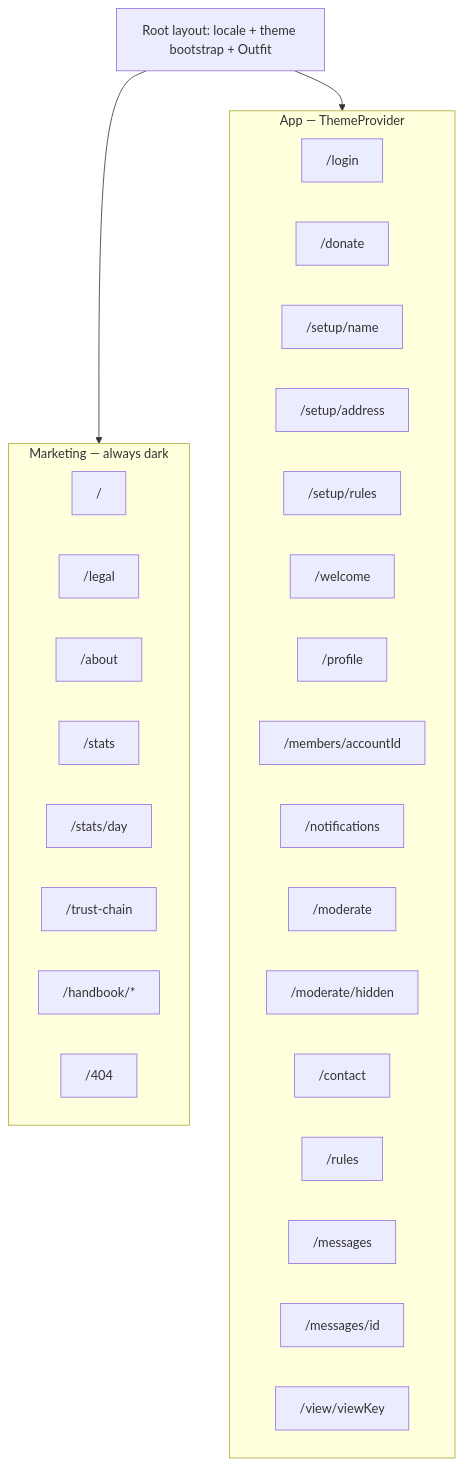
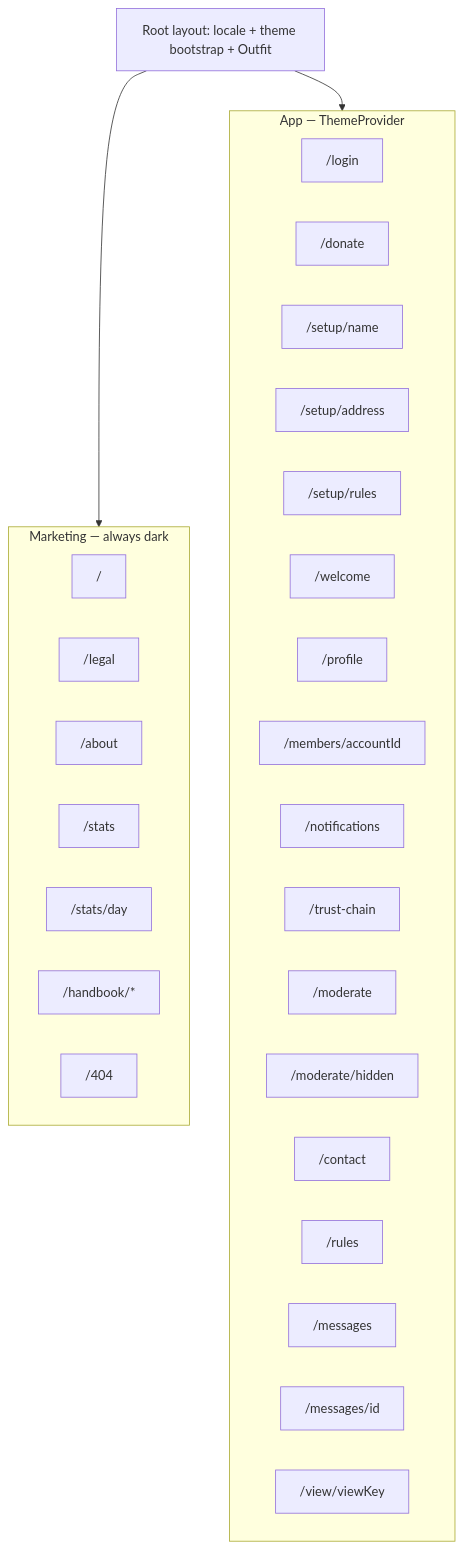
Before and after one commit to 21gifts/app: the second of 3 diagrams in docs/ui.md, drawn with Mermaid. The commit also changed other lines of this file and 26 other files, not shown here.

First line of the commit message:
01a0abad - Show the Trust Chain only when signed in

````diff
--- a/docs/ui.md
+++ b/docs/ui.md
@@ -336,34 +336,34 @@
 ```mermaid
 flowchart TB
   subgraph mkt [Marketing — always dark]
     R["/"]
     L["/legal"]
     A["/about"]
     S["/stats"]
     SD["/stats/day"]
-    TC["/trust-chain"]
     H["/handbook/*"]
     F["/404"]
   end
   subgraph app [App — ThemeProvider]
     LI["/login"]
     DO["/donate"]
     SN["/setup/name"]
     SA["/setup/address"]
     SR["/setup/rules"]
     W["/welcome"]
     P["/profile"]
     MEM["/members/accountId"]
     N["/notifications"]
+    TC["/trust-chain"]
     MO["/moderate"]
     MOH["/moderate/hidden"]
     C["/contact"]
     RU["/rules"]
     IN["/messages"]
     MID["/messages/id"]
     V["/view/viewKey"]
   end
   root[Root layout: locale + theme bootstrap + Outfit]
   root --> mkt
   root --> app
 ```
````
